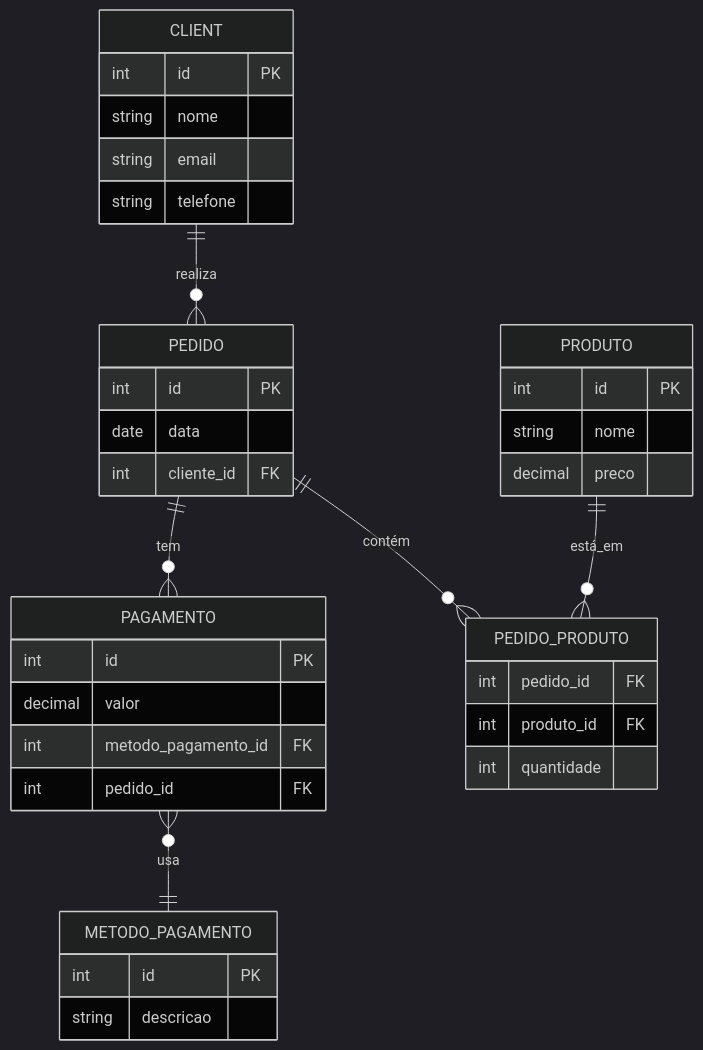
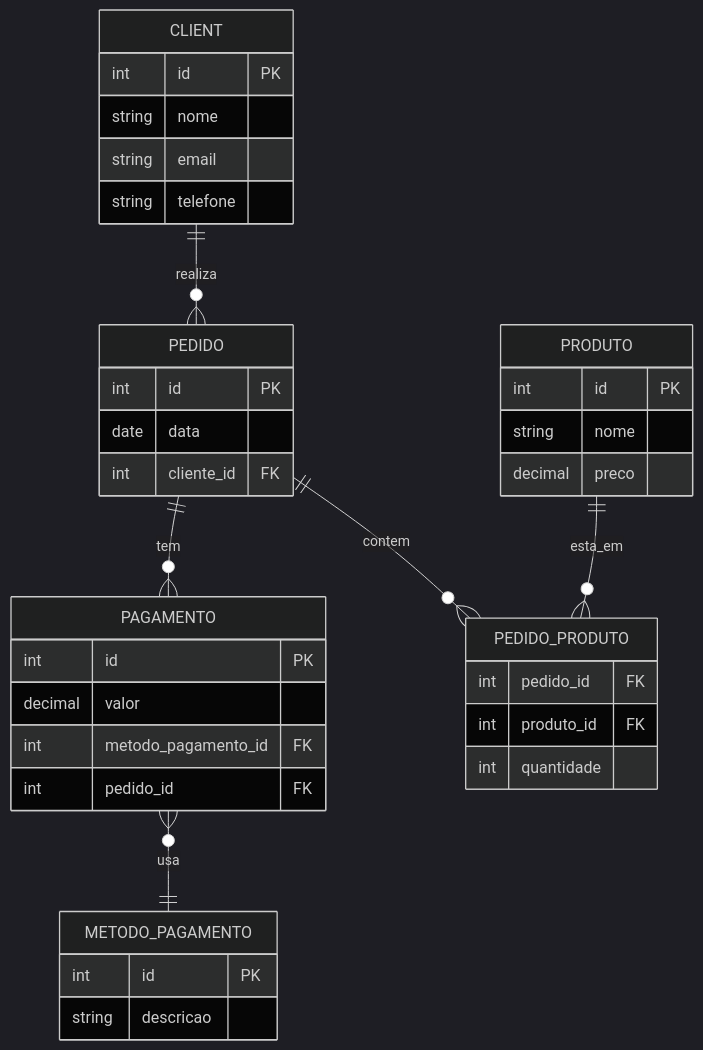
The diagram in programacao-e-desenvolvimento-de-banco-de-dados/desafio1-sistema-de-mercado.md (Drufontael/Faculdade---ADS), drawn with Mermaid (dark theme) before and after one commit.

Commit message:
retirando acentos

````diff
--- a/programacao-e-desenvolvimento-de-banco-de-dados/desafio1-sistema-de-mercado.md
+++ b/programacao-e-desenvolvimento-de-banco-de-dados/desafio1-sistema-de-mercado.md
@@ -36,45 +36,45 @@
 ```mermaid
    erDiagram
     CLIENT {
         int id PK
         string nome
         string email
         string telefone
     }
     
     PRODUTO {
         int id PK
         string nome
         decimal preco
     }
     
     PEDIDO {
         int id PK
         date data
         int cliente_id FK
     }
     
     PAGAMENTO {
         int id PK
         decimal valor
         int metodo_pagamento_id FK
         int pedido_id FK
     }
 
     METODO_PAGAMENTO {
         int id PK
         string descricao
     }
     
     PEDIDO_PRODUTO {
         int pedido_id FK
         int produto_id FK
         int quantidade
     }
     
     CLIENT ||--o{ PEDIDO : realiza
-    PEDIDO ||--o{ PEDIDO_PRODUTO : contém
-    PRODUTO ||--o{ PEDIDO_PRODUTO : está_em
+    PEDIDO ||--o{ PEDIDO_PRODUTO : contem
+    PRODUTO ||--o{ PEDIDO_PRODUTO : esta_em
     PEDIDO ||--o{ PAGAMENTO : tem
     PAGAMENTO }o--|| METODO_PAGAMENTO : usa    
 ```
````
